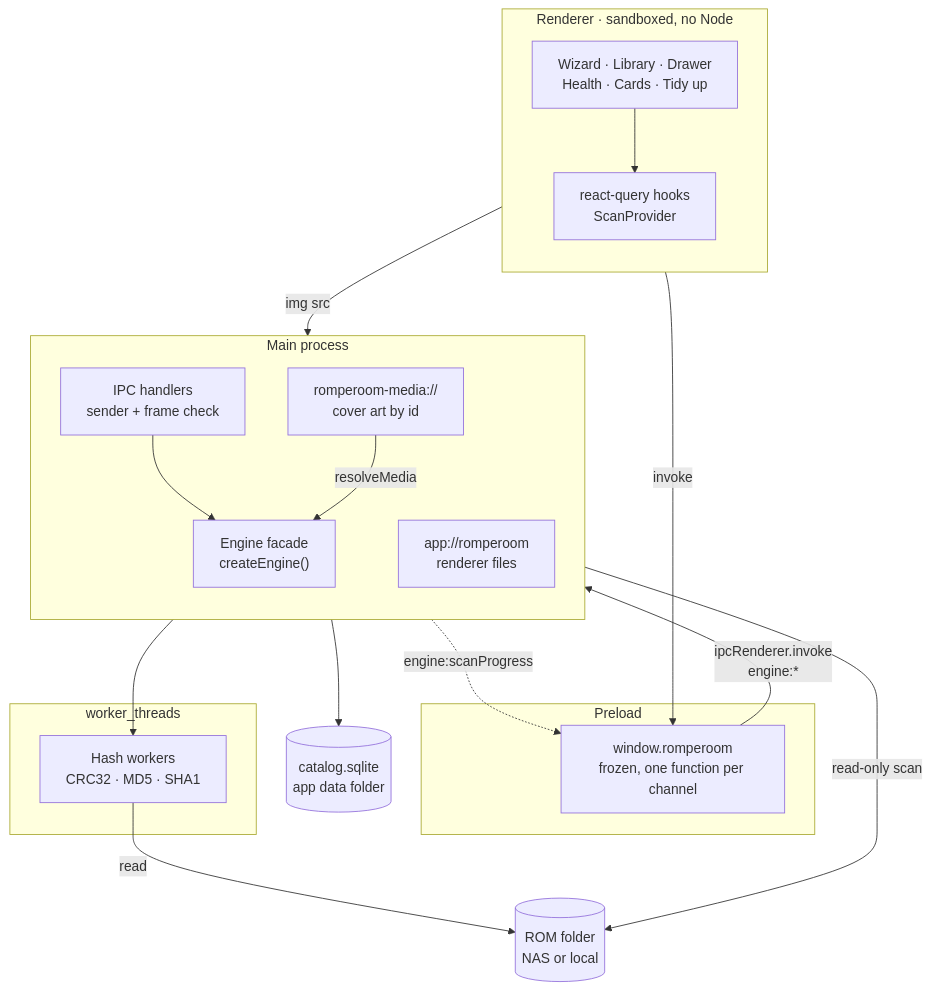
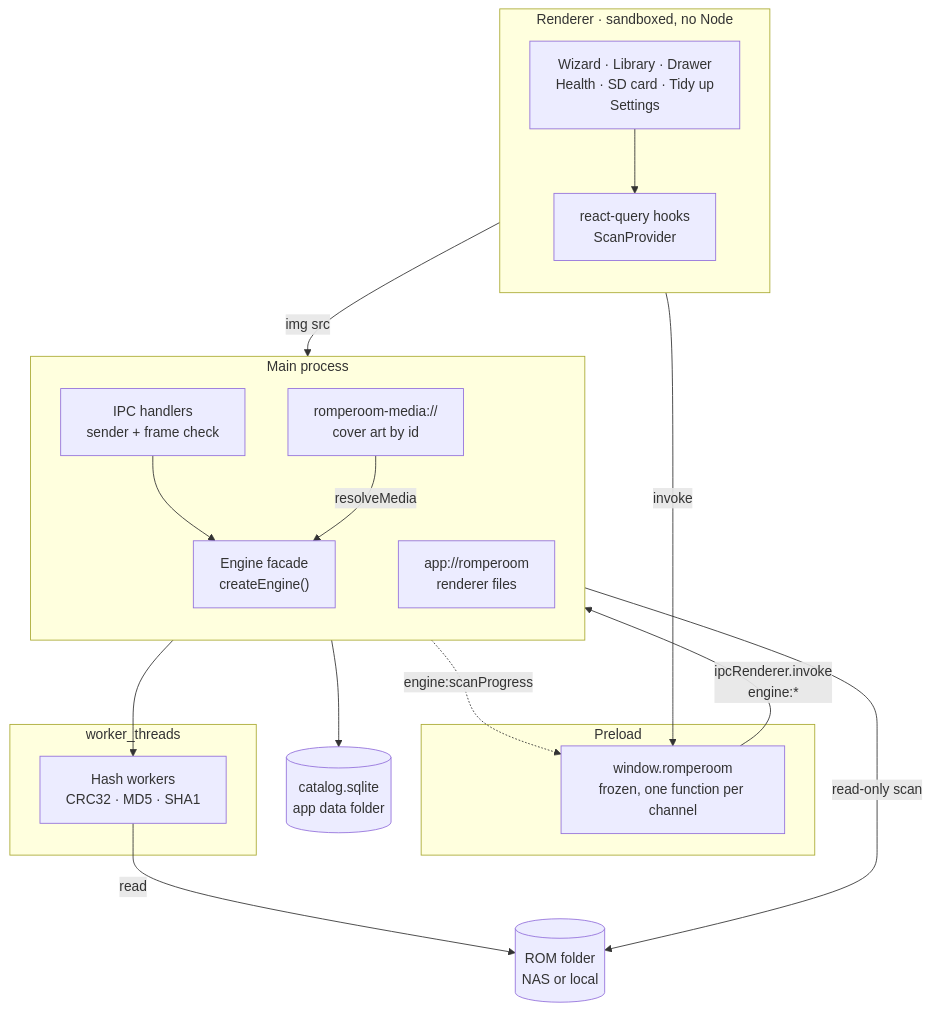
Before and after one commit to MakerCorn/romperoom-releases: the first of 18 diagrams in docs/architecture.md, drawn with Mermaid. The commit also changed other lines of this file and 77 other files, not shown here.

````diff
--- a/docs/architecture.md
+++ b/docs/architecture.md
@@ -18,35 +18,35 @@
 ```mermaid
 flowchart TB
   subgraph renderer["Renderer · sandboxed, no Node"]
     direction TB
-    Screens["Wizard · Library · Drawer<br/>Health · Cards · Tidy up"]
+    Screens["Wizard · Library · Drawer<br/>Health · SD card · Tidy up<br/>Settings"]
     Hooks["react-query hooks<br/>ScanProvider"]
     Screens --> Hooks
   end
   subgraph preload["Preload"]
     Bridge["window.romperoom<br/>frozen, one function per channel"]
   end
   subgraph main["Main process"]
     direction TB
     Handlers["IPC handlers<br/>sender + frame check"]
     AppProto["app://romperoom<br/>renderer files"]
     MediaProto["romperoom-media://<br/>cover art by id"]
     Engine["Engine facade<br/>createEngine()"]
     Handlers --> Engine
     MediaProto -->|resolveMedia| Engine
   end
   subgraph workers["worker_threads"]
     Pool["Hash workers<br/>CRC32 · MD5 · SHA1"]
   end
   DB[("catalog.sqlite<br/>app data folder")]
   Lib[("ROM folder<br/>NAS or local")]
 
   Hooks -->|invoke| Bridge
   Bridge -->|"ipcRenderer.invoke<br/>engine:*"| Handlers
   Handlers -.->|"engine:scanProgress"| Bridge
   Screens -->|img src| MediaProto
   Engine --> DB
   Engine --> Pool
   Engine -->|read-only scan| Lib
   Pool -->|read| Lib
 ```
````
